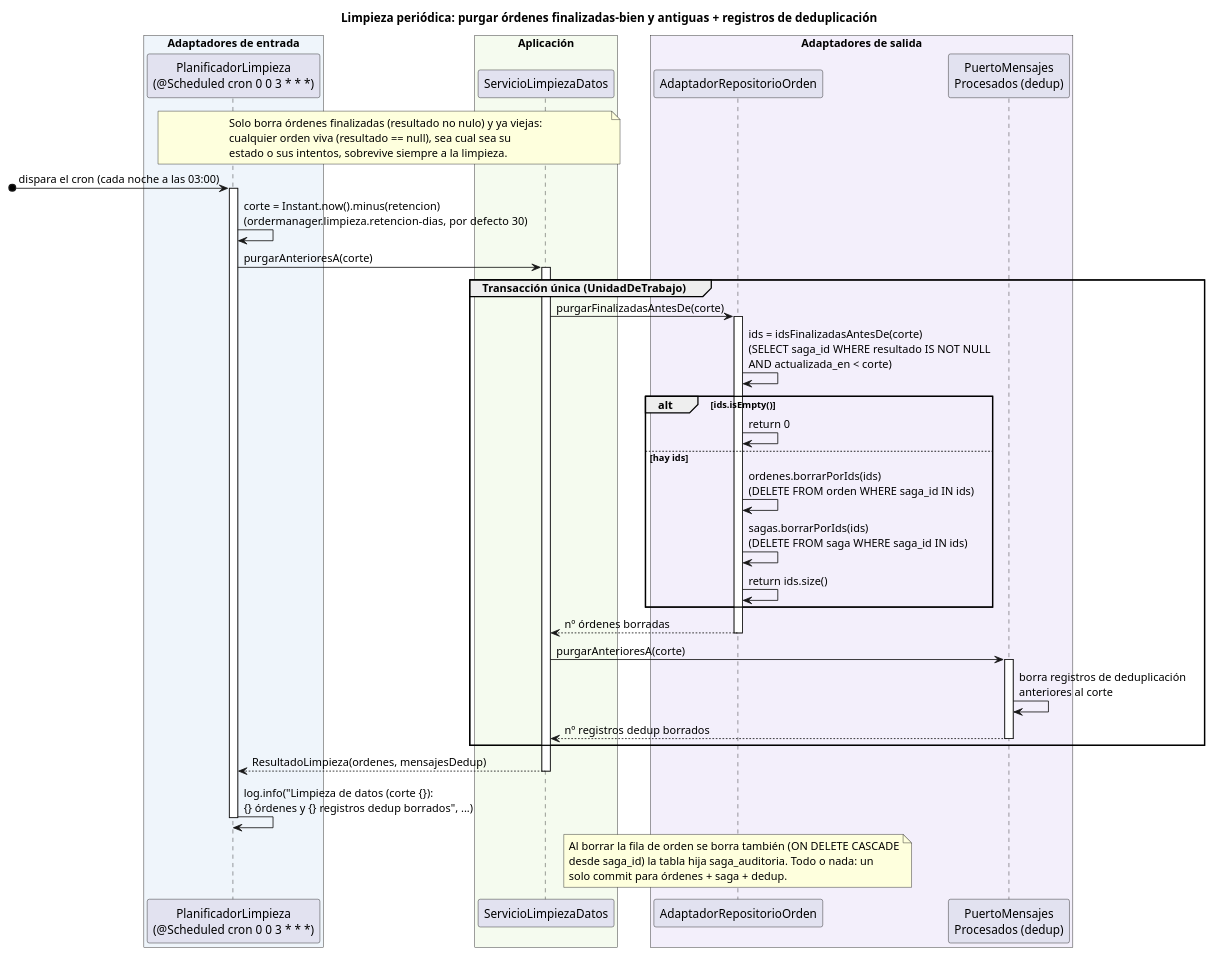
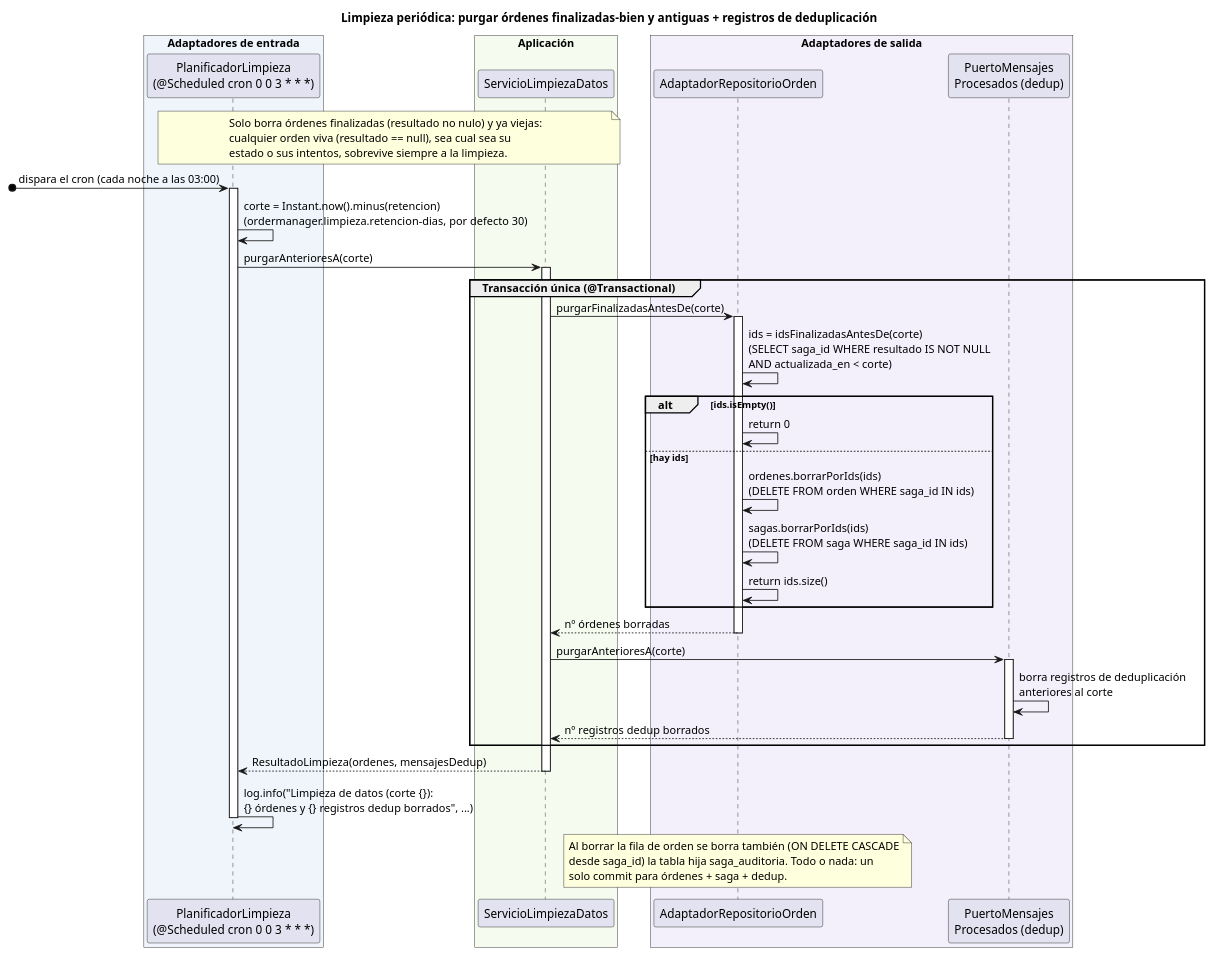
The diagram in order-manager/docs/09-limpieza-datos.puml (ralcazar/patrones), drawn with PlantUML before and after one commit. The commit also changed 61 other files, not shown here.

```diff
--- a/order-manager/docs/09-limpieza-datos.puml
+++ b/order-manager/docs/09-limpieza-datos.puml
@@ -1,50 +1,50 @@
 @startuml 09-limpieza-datos
 title Limpieza periódica: purgar órdenes finalizadas-bien y antiguas + registros de deduplicación
 
 box "Adaptadores de entrada" #EFF5FB
   participant "PlanificadorLimpieza\n(@Scheduled cron 0 0 3 * * *)" as PLAN
 end box
 box "Aplicación" #F5FBEF
   participant "ServicioLimpiezaDatos" as LIMP
 end box
 box "Adaptadores de salida" #F3EFFB
   participant "AdaptadorRepositorioOrden" as REPO
   participant "PuertoMensajes\nProcesados (dedup)" as DEDUP
 end box
 
 note over PLAN, LIMP
   Solo borra órdenes finalizadas (resultado no nulo) y ya viejas:
   cualquier orden viva (resultado == null), sea cual sea su
   estado o sus intentos, sobrevive siempre a la limpieza.
 end note
 
 [o-> PLAN : dispara el cron (cada noche a las 03:00)
 activate PLAN
 PLAN -> PLAN : corte = Instant.now().minus(retencion)\n(ordermanager.limpieza.retencion-dias, por defecto 30)
 PLAN -> LIMP ++ : purgarAnterioresA(corte)
 
-group Transacción única (UnidadDeTrabajo)
+group Transacción única (@Transactional)
   LIMP -> REPO ++ : purgarFinalizadasAntesDe(corte)
   REPO -> REPO : ids = idsFinalizadasAntesDe(corte)\n(SELECT saga_id WHERE resultado IS NOT NULL\nAND actualizada_en < corte)
   alt ids.isEmpty()
     REPO -> REPO : return 0
   else hay ids
     REPO -> REPO : ordenes.borrarPorIds(ids)\n(DELETE FROM orden WHERE saga_id IN ids)
     REPO -> REPO : sagas.borrarPorIds(ids)\n(DELETE FROM saga WHERE saga_id IN ids)
     REPO -> REPO : return ids.size()
   end
   return nº órdenes borradas
   LIMP -> DEDUP ++ : purgarAnterioresA(corte)
   DEDUP -> DEDUP : borra registros de deduplicación\nanteriores al corte
   return nº registros dedup borrados
 end
 return ResultadoLimpieza(ordenes, mensajesDedup)
 PLAN -> PLAN : log.info("Limpieza de datos (corte {}):\n{} órdenes y {} registros dedup borrados", ...)
 deactivate PLAN
 
 note over REPO
   Al borrar la fila de orden se borra también (ON DELETE CASCADE
   desde saga_id) la tabla hija saga_auditoria. Todo o nada: un
   solo commit para órdenes + saga + dedup.
 end note
 @enduml
```
